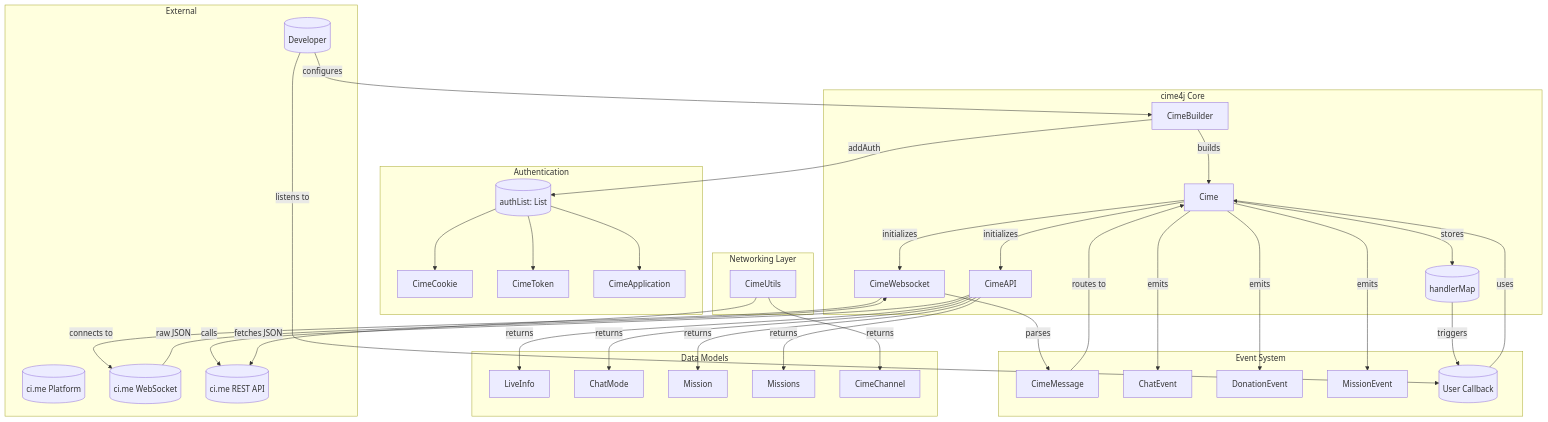
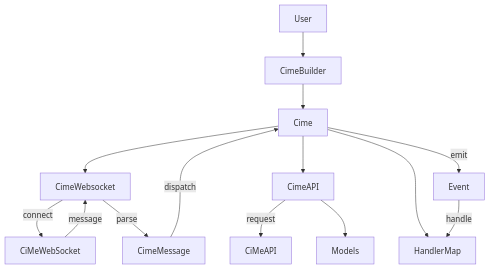
Before and after one commit to as7ar/cime4j: the first of 2 diagrams in ARCHITECTURE.md, drawn with Mermaid. The commit also changed 1 other file, not shown here.

Commit message:
feat: architecture.md

````diff
--- a/ARCHITECTURE.md
+++ b/ARCHITECTURE.md
@@ -3,58 +3,26 @@
 ```mermaid
 graph TD
-    %% ========== External ==========
-    subgraph External
-        User[("Developer")]
-        CiMePlatform[("ci.me Platform")]
-        CiMeWebSocket[("ci.me WebSocket")]
-        CiMeAPI[("ci.me REST API")]
-    end
 
-    %% ========== Core ==========
-    subgraph Core["cime4j Core"]
-        CimeBuilder -->|builds| Cime
-        Cime -->|initializes| CimeWebsocket
-        Cime -->|initializes| CimeAPI
-        Cime -->|stores| HandlerMap[(handlerMap)]
-    end
+    %% User flow
+    User --> CimeBuilder
+    CimeBuilder --> Cime
 
-    %% ========== Auth ==========
-    subgraph Auth["Authentication"]
-        CimeBuilder -->|addAuth| AuthList[("authList: List<Auth>")]
-        AuthList --> CimeCookie
-        AuthList --> CimeToken
-        AuthList --> CimeApplication
-    end
+    %% Core
+    Cime --> CimeWebsocket
+    Cime --> CimeAPI
+    Cime --> HandlerMap
 
-    %% ========== Networking ==========
-    subgraph Networking["Networking Layer"]
-        CimeWebsocket -->|connects to| CiMeWebSocket
-        CimeAPI -->|calls| CiMeAPI
-        CimeUtils -->|fetches JSON| CiMeAPI
-    end
+    %% Networking
+    CimeWebsocket -->|connect| CiMeWebSocket
+    CimeAPI -->|request| CiMeAPI
 
-    %% ========== Events ==========
-    subgraph Events["Event System"]
-        CiMeWebSocket -->|raw JSON| CimeWebsocket
-        CimeWebsocket -->|parses| CimeMessage
-        CimeMessage -->|routes to| Cime
-        Cime -->|emits| ChatEvent
-        Cime -->|emits| DonationEvent
-        Cime -->|emits| MissionEvent
-        HandlerMap -->|triggers| UserLogic[("User Callback")]
-    end
+    %% Event flow
+    CiMeWebSocket -->|message| CimeWebsocket
+    CimeWebsocket -->|parse| CimeMessage
+    CimeMessage -->|dispatch| Cime
+    Cime -->|emit| Event
+    Event -->|handle| HandlerMap
 
-    %% ========== Data Models ==========
-    subgraph Models["Data Models"]
-        CimeAPI -->|returns| LiveInfo
-        CimeAPI -->|returns| ChatMode
-        CimeAPI -->|returns| Mission
-        CimeAPI -->|returns| Missions
-        CimeUtils -->|returns| CimeChannel
-    end
-
-    %% ========== User Flow ==========
-    User -->|configures| CimeBuilder
-    User -->|listens to| UserLogic
-    UserLogic -->|uses| Cime
+    %% Data
+    CimeAPI --> Models
 ```
````
